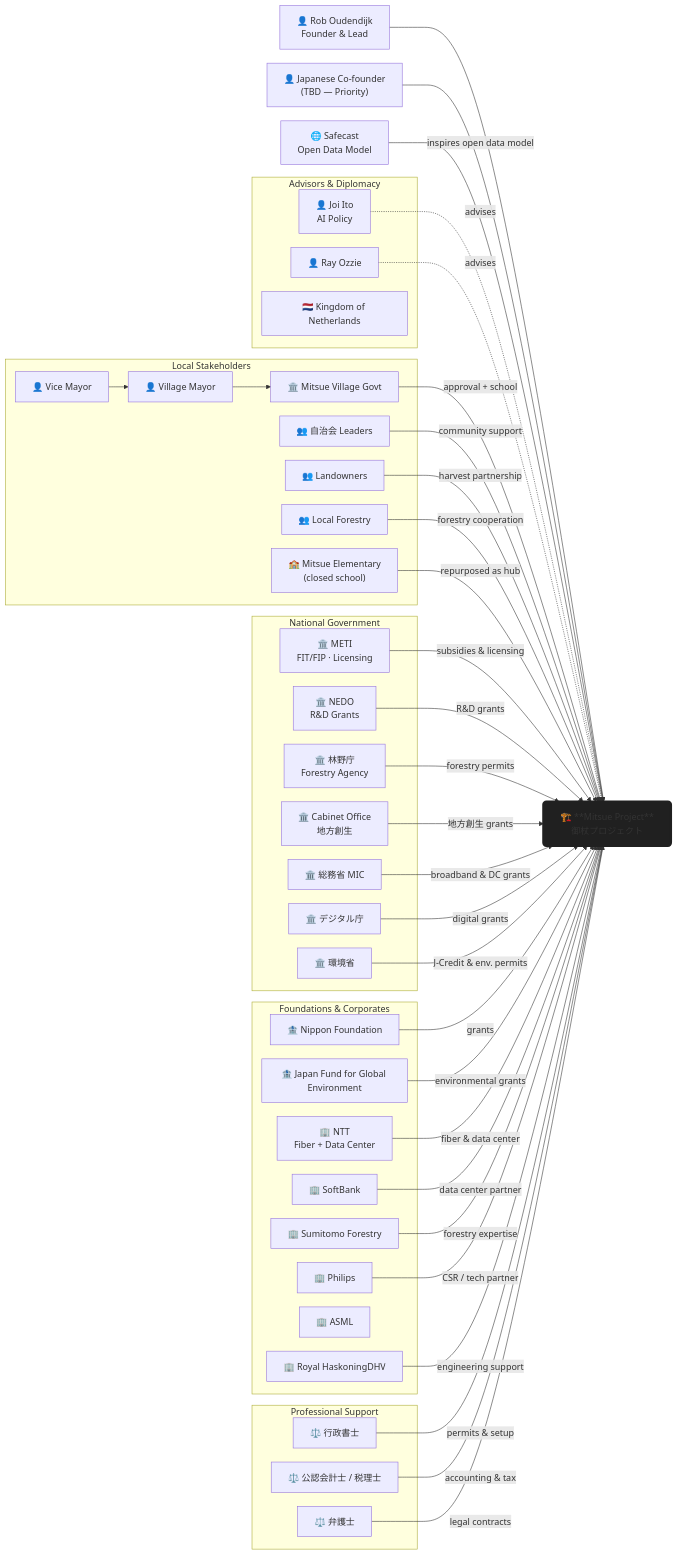
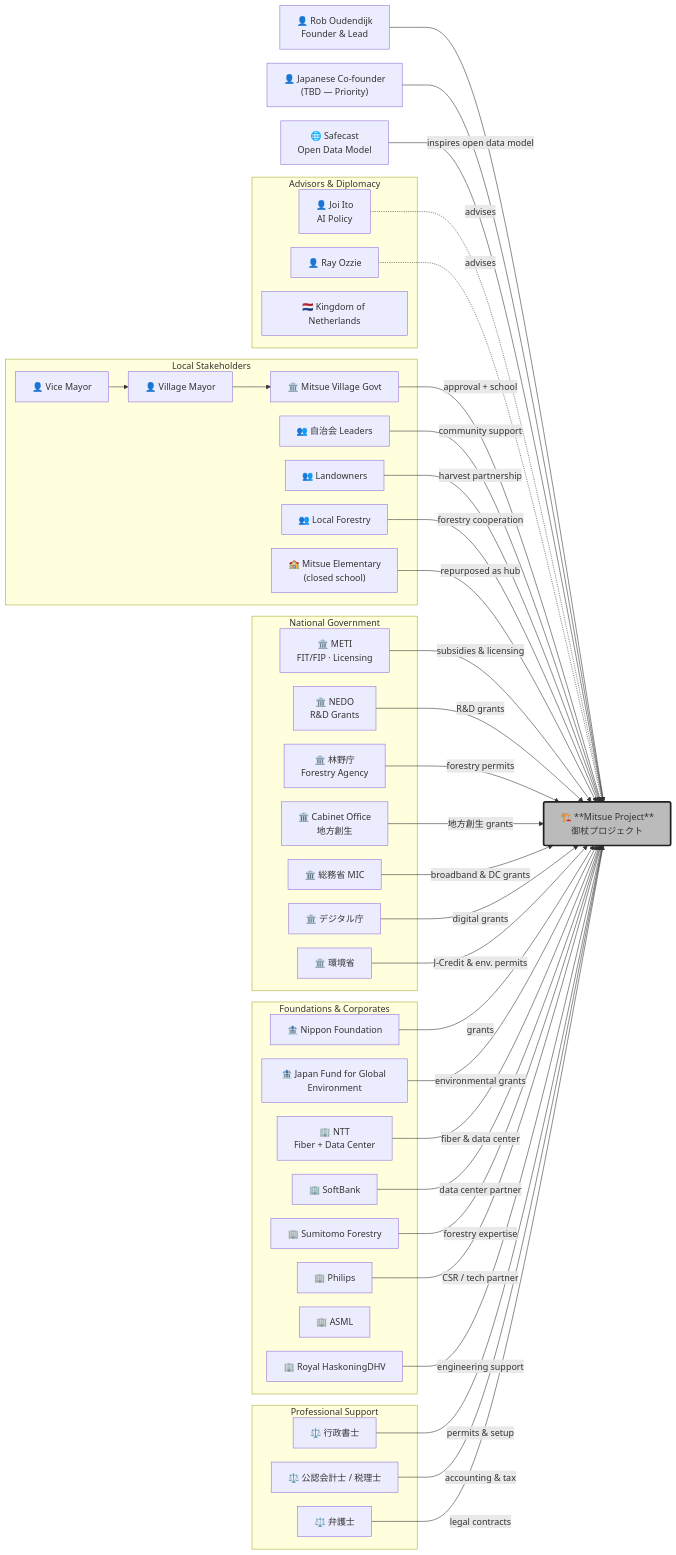
Before and after one commit to robouden/mitsue-ai-data-center: the diagram in mitsue_stakeholders.md, drawn with Mermaid. The commit also changed 22 other files, not shown here.

````diff
--- a/mitsue_stakeholders.md
+++ b/mitsue_stakeholders.md
@@ -185,6 +185,6 @@
     %% ==================== MAIN PROJECT - RIGHT CENTER ====================
     PROJ["🏗️ **Mitsue Project**\n御杖プロジェクト"]
 
-    classDef main fill:#202020, stroke:#202020, stroke-width:5px, rx:5, ry5
+    classDef main fill:#bbbbbb, stroke:#202020, stroke-width:3px, rx:3, ry3
     class PROJ main
 ```
````
